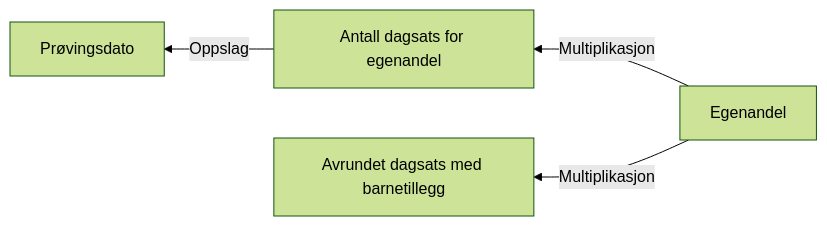
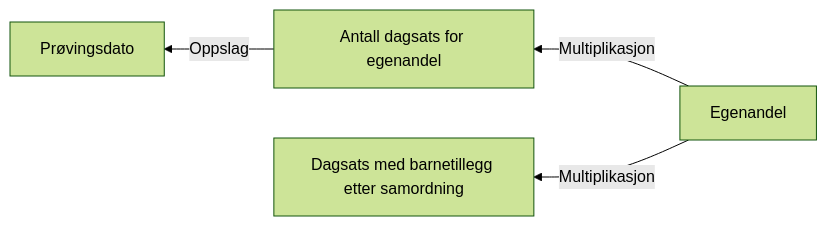
One commit to navikt/dp-vedtak changed the diagram in docs/regler/§ 4-9. Egenandel.approved.md. Above: the diagram before and after it, drawn with Mermaid (forest theme). The commit also changed 20 other files, not shown here.

````diff
--- a/docs/regler/§ 4-9. Egenandel.approved.md
+++ b/docs/regler/§ 4-9. Egenandel.approved.md
@@ -5,6 +5,6 @@
 ```mermaid
 graph RL
   A["Antall dagsats for egenandel"] -->|"Oppslag"| B["Prøvingsdato"]
-  C["Egenandel"] -->|"Multiplikasjon"| D["Avrundet dagsats med barnetillegg"]
+  C["Egenandel"] -->|"Multiplikasjon"| D["Dagsats med barnetillegg etter samordning"]
   C["Egenandel"] -->|"Multiplikasjon"| A["Antall dagsats for egenandel"]
 ```
````
